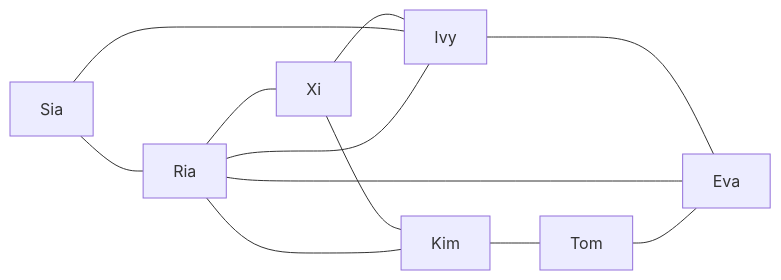
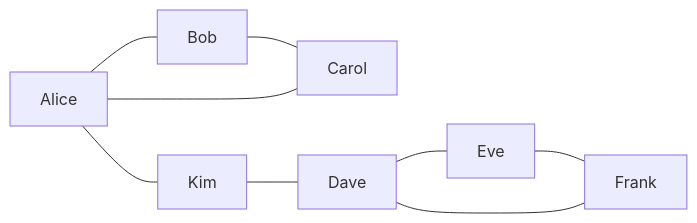
One commit to sorukumar/blog changed the second of 3 diagrams in _posts/Draft-2024-04-12-Centrality-Measures.md. Above: the diagram before and after it, drawn with Mermaid. The commit also changed other lines of this file, not shown here.

Commit message:
_posts/Draft-2024-04-12-Centrality-Measures.md updated from https://stackedit.io/

````diff
--- a/_posts/Draft-2024-04-12-Centrality-Measures.md
+++ b/_posts/Draft-2024-04-12-Centrality-Measures.md
@@ -97,14 +97,11 @@
 ```mermaid
 flowchart LR
-    Sia --- Ria
-    Ria --- Xi
-    Xi --- Ivy
-    Ivy --- Eva
-    Sia --- Ivy
-    Ria --- Ivy
-    Ria --- Eva
-    Xi --- Kim
-    Kim --- Tom
-    Tom --- Eva
-    Ria --- Kim
+    Alice --- Bob
+    Bob --- Carol
+    Carol --- Alice
+    Dave --- Eve
+    Eve --- Frank
+    Frank --- Dave
+    Alice --- Kim
+    Kim --- Dave
    ```
````
